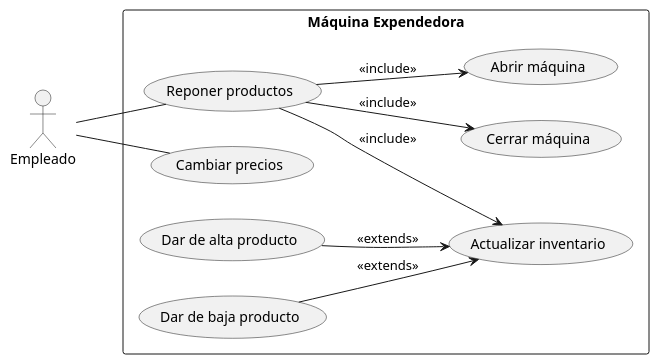
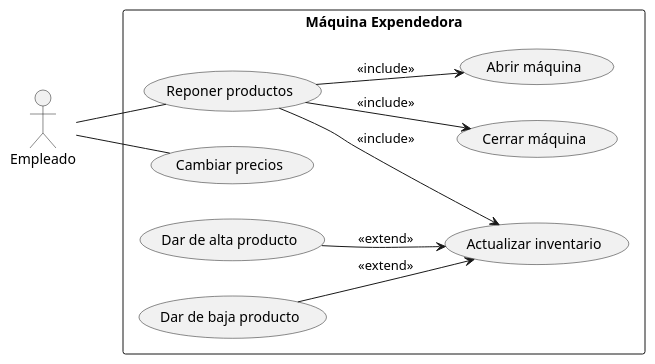
One commit to alvarogonzalezsotillo/apuntes-clase changed the eighth of 16 diagrams in entornos-de-desarrollo/apuntes/6/ED-06-uml.org. Above: the diagram before and after it, drawn with PlantUML. The commit also changed other lines of this file and 47 other files, not shown here.

```diff
--- a/entornos-de-desarrollo/apuntes/6/ED-06-uml.org
+++ b/entornos-de-desarrollo/apuntes/6/ED-06-uml.org
@@ -440,23 +440,23 @@
 #+begin_src plantuml :file media/vending-refinado-reponedor.svg
 
 @startuml
 left to right direction
 
 actor Empleado
 
 rectangle "Máquina Expendedora" {
 
 
 
   Empleado -- (Reponer productos)
   Empleado -- (Cambiar precios)
 
   (Reponer productos) --> (Abrir máquina) : <<include>>
   (Reponer productos) --> (Actualizar inventario) : <<include>>
-  (Dar de alta producto) --> (Actualizar inventario) : <<extends>>
-  (Dar de baja producto) --> (Actualizar inventario) : <<extends>>
+  (Dar de alta producto) --> (Actualizar inventario) : <<extend>>
+  (Dar de baja producto) --> (Actualizar inventario) : <<extend>>
   (Reponer productos) --> (Cerrar máquina) : <<include>>
 }
 
 @enduml    
 #+end_src  
```
